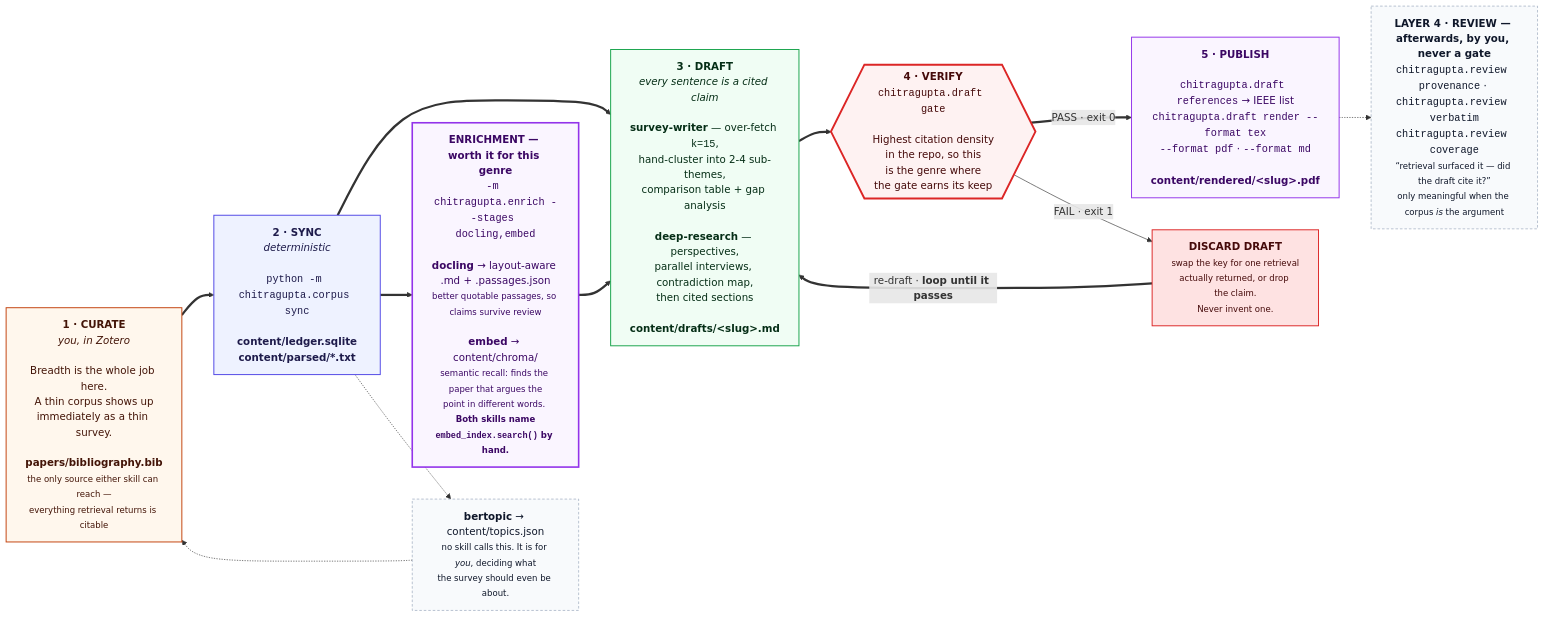
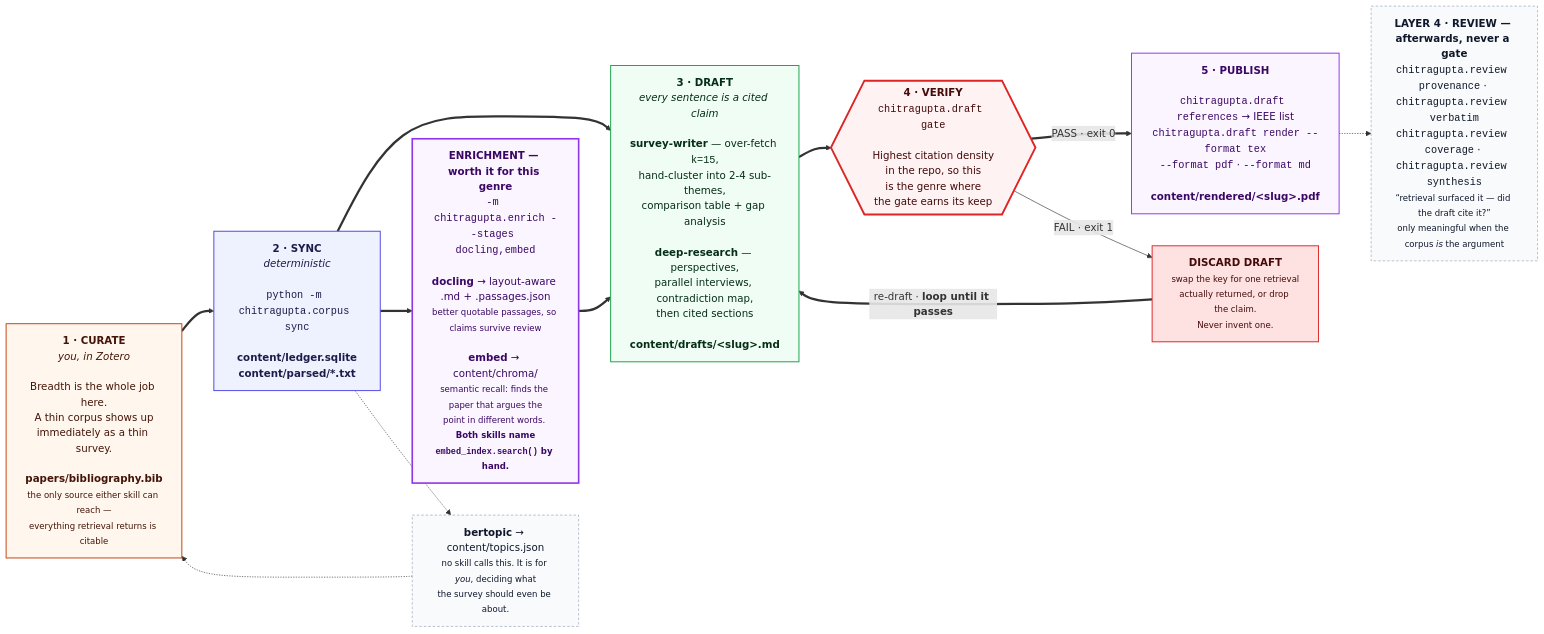
The seventh of 11 diagrams in docs/DIAGRAMS.md (prasadtalasila/chitragupta), drawn with Mermaid before and after one commit. The commit also changed other lines of this file and 44 other files, not shown here.

First line of the commit message:
Run the verbatim scan in all nine skills, and amend the never-automatic rule (#312)

````diff
--- a/docs/DIAGRAMS.md
+++ b/docs/DIAGRAMS.md
@@ -633,47 +634,47 @@
 ```mermaid
 flowchart LR
 
   P0["<b>1 · CURATE</b><br/><i>you, in Zotero</i><br/><br/>Breadth is the whole job here.<br/>A thin corpus shows up<br/>immediately as a thin survey.<br/><br/><b>papers/bibliography.bib</b><br/><small>the only source either skill can reach —<br/>everything retrieval returns is citable</small>"]
 
   P1["<b>2 · SYNC</b><br/><i>deterministic</i><br/><br/><code>python -m chitragupta.corpus sync</code><br/><br/><b>content/ledger.sqlite</b><br/><b>content/parsed/*.txt</b>"]
 
   HEAVY["<b>ENRICHMENT — worth it for this genre</b><br/><code>-m chitragupta.enrich --stages docling,embed</code><br/><br/><b>docling</b> → layout-aware .md + .passages.json<br/><small>better quotable passages, so claims survive review</small><br/><br/><b>embed</b> → content/chroma/<br/><small>semantic recall: finds the paper that argues the<br/>point in different words. <b>Both skills name<br/><code>embed_index.search()</code> by hand.</b></small>"]
 
   P2["<b>3 · DRAFT</b><br/><i>every sentence is a cited claim</i><br/><br/><b>survey-writer</b> — over-fetch <code>k=15</code>,<br/>hand-cluster into 2-4 sub-themes,<br/>comparison table + gap analysis<br/><br/><b>deep-research</b> — perspectives,<br/>parallel interviews, contradiction map,<br/>then cited sections<br/><br/><b>content/drafts/&lt;slug&gt;.md</b>"]
 
   P3{{"<b>4 · VERIFY</b><br/><code>chitragupta.draft gate</code><br/><br/>Highest citation density<br/>in the repo, so this<br/>is the genre where<br/>the gate earns its keep"}}
 
   FIX["<b>DISCARD DRAFT</b><br/><small>swap the key for one retrieval<br/>actually returned, or drop the claim.<br/>Never invent one.</small>"]
 
   P4["<b>5 · PUBLISH</b><br/><br/><code>chitragupta.draft references</code> → IEEE list<br/><code>chitragupta.draft render --format tex</code><br/><code>--format pdf</code> · <code>--format md</code><br/><br/><b>content/rendered/&lt;slug&gt;.pdf</b>"]
 
-  AID["<b>LAYER 4 · REVIEW — afterwards, by you, never a gate</b><br/><code>chitragupta.review provenance</code> · <code>chitragupta.review verbatim</code><br/><code>chitragupta.review coverage</code><br/><small>“retrieval surfaced it — did the draft cite it?”<br/>only meaningful when the corpus <i>is</i> the argument</small>"]
+  AID["<b>LAYER 4 · REVIEW — afterwards, never a gate</b><br/><code>chitragupta.review provenance</code> · <code>chitragupta.review verbatim</code><br/><code>chitragupta.review coverage</code> · <code>chitragupta.review synthesis</code><br/><small>“retrieval surfaced it — did the draft cite it?”<br/>only meaningful when the corpus <i>is</i> the argument</small>"]
 
   BERT["<b>bertopic</b> → content/topics.json<br/><small>no skill calls this. It is for <i>you</i>, deciding what<br/>the survey should even be about.</small>"]
 
   P0 ==> P1 ==> P2 ==> P3
   P1 ==> HEAVY ==> P2
   P3 == "PASS · exit 0" ==> P4
   P3 -- "FAIL · exit 1" --> FIX
   FIX == "re-draft · <b>loop until it passes</b>" ==> P2
   P4 -.-> AID
   P1 -.-> BERT -.-> P0
 
   classDef you fill:#fff7ed,stroke:#c2410c,stroke-width:1.5px,color:#431407
   classDef det fill:#eef2ff,stroke:#4f46e5,stroke-width:1.5px,color:#1e1b4b
   classDef gen fill:#f0fdf4,stroke:#16a34a,stroke-width:1.5px,color:#052e16
   classDef gate fill:#fef2f2,stroke:#dc2626,stroke-width:3px,color:#450a0a
   classDef out fill:#faf5ff,stroke:#9333ea,stroke-width:1.5px,color:#3b0764
   classDef bad fill:#fee2e2,stroke:#dc2626,stroke-width:1.5px,color:#450a0a
   classDef heavy fill:#faf5ff,stroke:#9333ea,stroke-width:2.5px,color:#3b0764
   classDef aid fill:#f8fafc,stroke:#94a3b8,stroke-dasharray:4 3,color:#0f172a
 
   class P0 you
   class P1 det
   class P2 gen
   class P3 gate
   class P4 out
   class FIX bad
   class HEAVY heavy
   class AID,BERT aid
 ```
````
